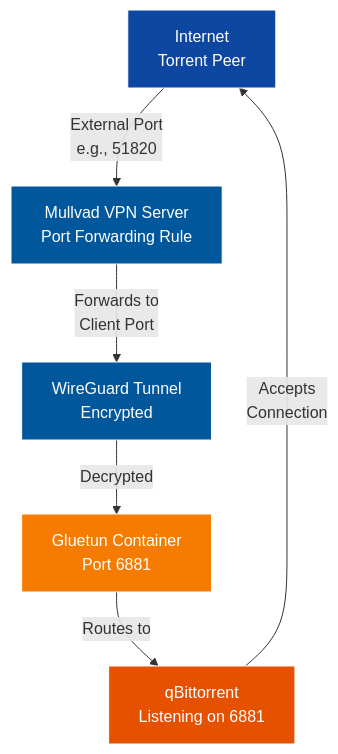
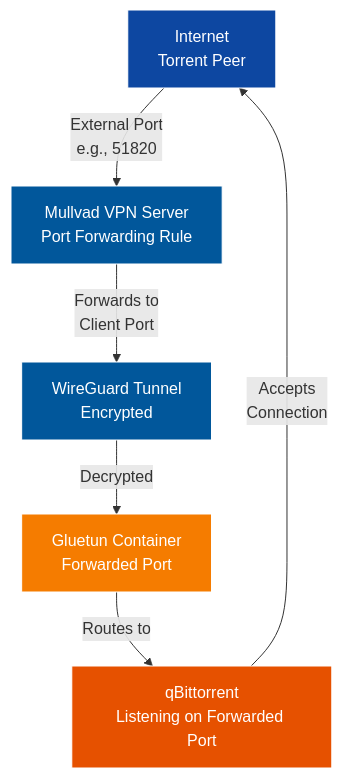
One commit to otterammo/otterstack-v2 changed the third of 3 diagrams in docs/VPN-ARCHITECTURE.md. Above: the diagram before and after it, drawn with Mermaid. The commit also changed other lines of this file and 2 other files, not shown here.

````diff
--- a/docs/VPN-ARCHITECTURE.md
+++ b/docs/VPN-ARCHITECTURE.md
@@ -433,20 +433,20 @@
 ```mermaid
 graph TD
   A["Internet<br/>Torrent Peer"]
   B["Mullvad VPN Server<br/>Port Forwarding Rule"]
   C["WireGuard Tunnel<br/>Encrypted"]
-  D["Gluetun Container<br/>Port 6881"]
-  E["qBittorrent<br/>Listening on 6881"]
+  D["Gluetun Container<br/>Forwarded Port"]
+  E["qBittorrent<br/>Listening on Forwarded Port"]
 
   A -->|External Port<br/>e.g., 51820| B
   B -->|Forwards to<br/>Client Port| C
   C -->|Decrypted| D
   D -->|Routes to| E
   E -->|Accepts<br/>Connection| A
 
   style A fill:#0d47a1,stroke:#fff,color:#fff
   style B fill:#01579b,stroke:#fff,color:#fff
   style C fill:#01579b,stroke:#fff,color:#fff
   style D fill:#f57c00,stroke:#fff,color:#fff
   style E fill:#e65100,stroke:#fff,color:#fff
 ```
````
